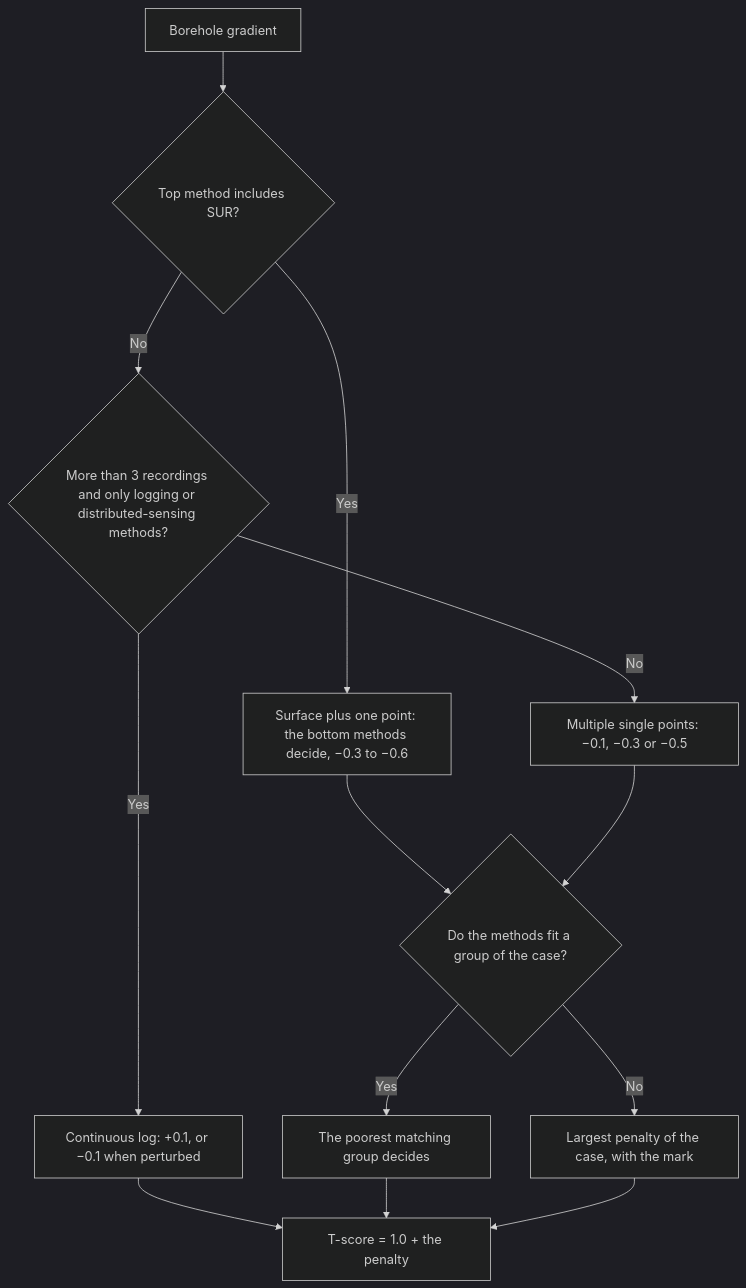
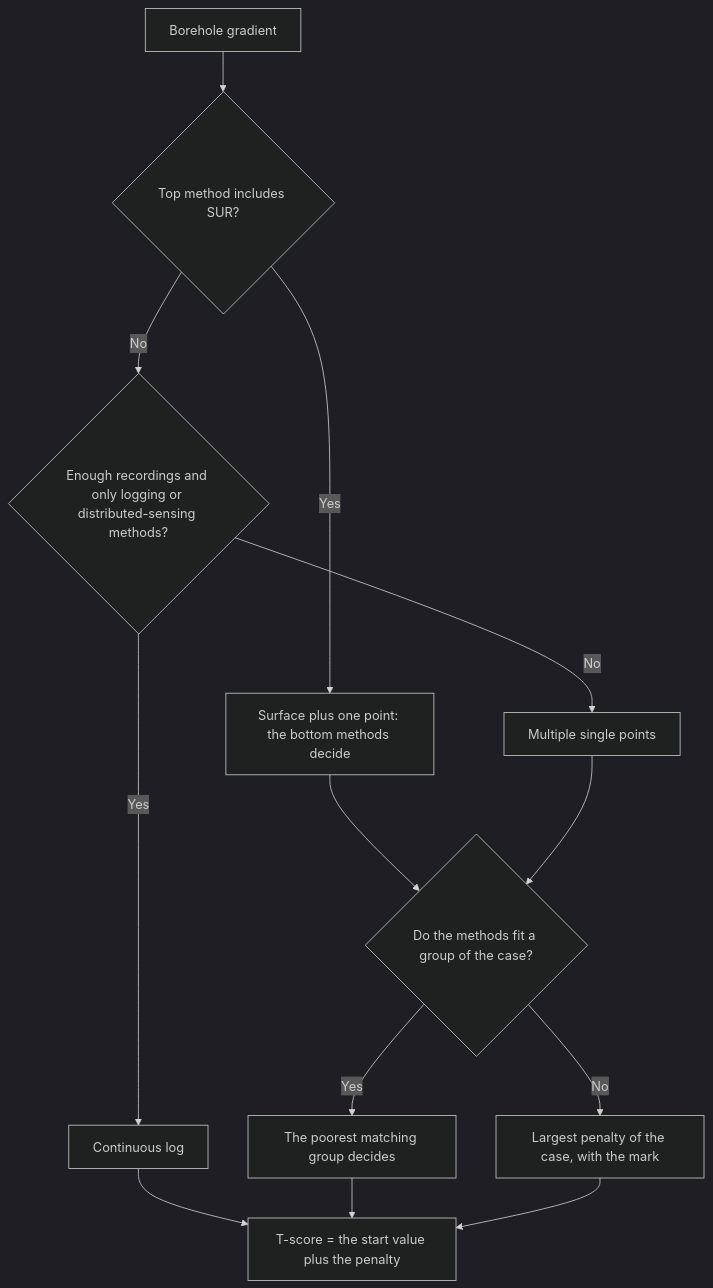
One commit to ihfc-iugg/ghfdb changed the first of 2 diagrams in docs/reference/quality-scheme/borehole-and-mine.md. Above: the diagram before and after it, drawn with Mermaid (dark theme). The commit also changed other lines of this file and 83 other files, not shown here.

````diff
--- a/docs/reference/quality-scheme/borehole-and-mine.md
+++ b/docs/reference/quality-scheme/borehole-and-mine.md
@@ -20,15 +23,15 @@
 ```{mermaid}
 flowchart TD
     gradient["Borehole gradient"] --> surface{"Top method includes SUR?"}
-    surface -->|"Yes"| case_surface["Surface plus one point: the bottom methods decide, −0.3 to −0.6"]
-    surface -->|"No"| continuous{"More than 3 recordings and only logging or distributed-sensing methods?"}
-    continuous -->|"Yes"| case_continuous["Continuous log: +0.1, or −0.1 when perturbed"]
-    continuous -->|"No"| case_points["Multiple single points: −0.1, −0.3 or −0.5"]
+    surface -->|"Yes"| case_surface["Surface plus one point: the bottom methods decide"]
+    surface -->|"No"| continuous{"Enough recordings and only logging or distributed-sensing methods?"}
+    continuous -->|"Yes"| case_continuous["Continuous log"]
+    continuous -->|"No"| case_points["Multiple single points"]
     case_surface --> fits{"Do the methods fit a group of the case?"}
     case_points --> fits
     fits -->|"Yes"| poorest["The poorest matching group decides"]
     fits -->|"No"| marked["Largest penalty of the case, with the mark"]
-    case_continuous --> sum["T-score = 1.0 + the penalty"]
+    case_continuous --> sum["T-score = the start value plus the penalty"]
     poorest --> sum
     marked --> sum
 ```
````
